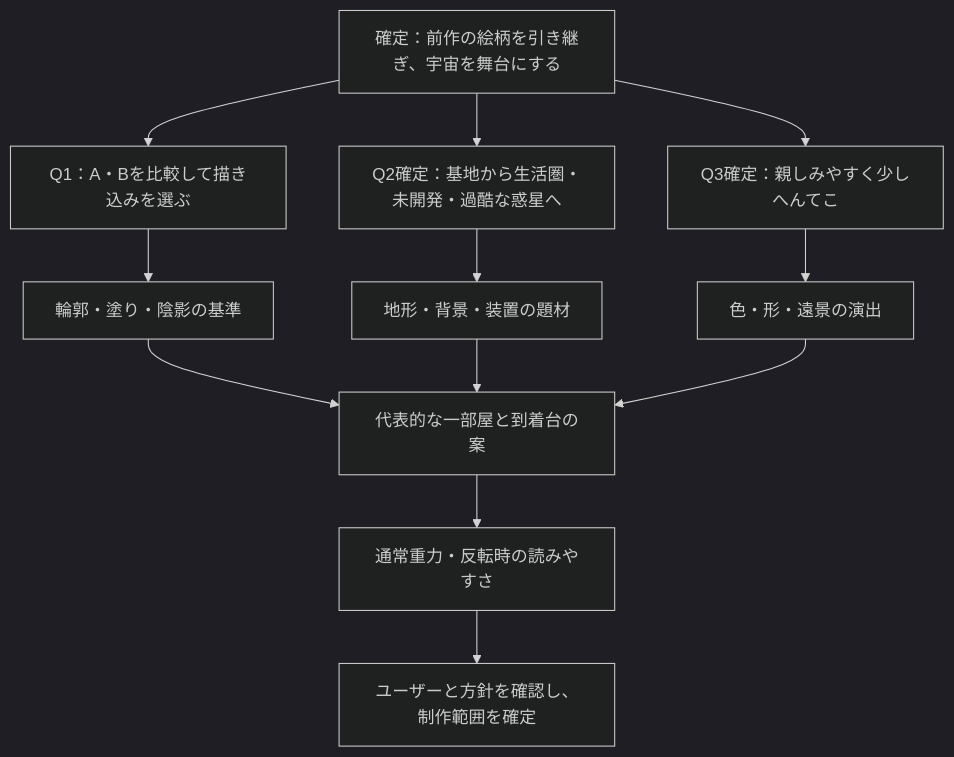
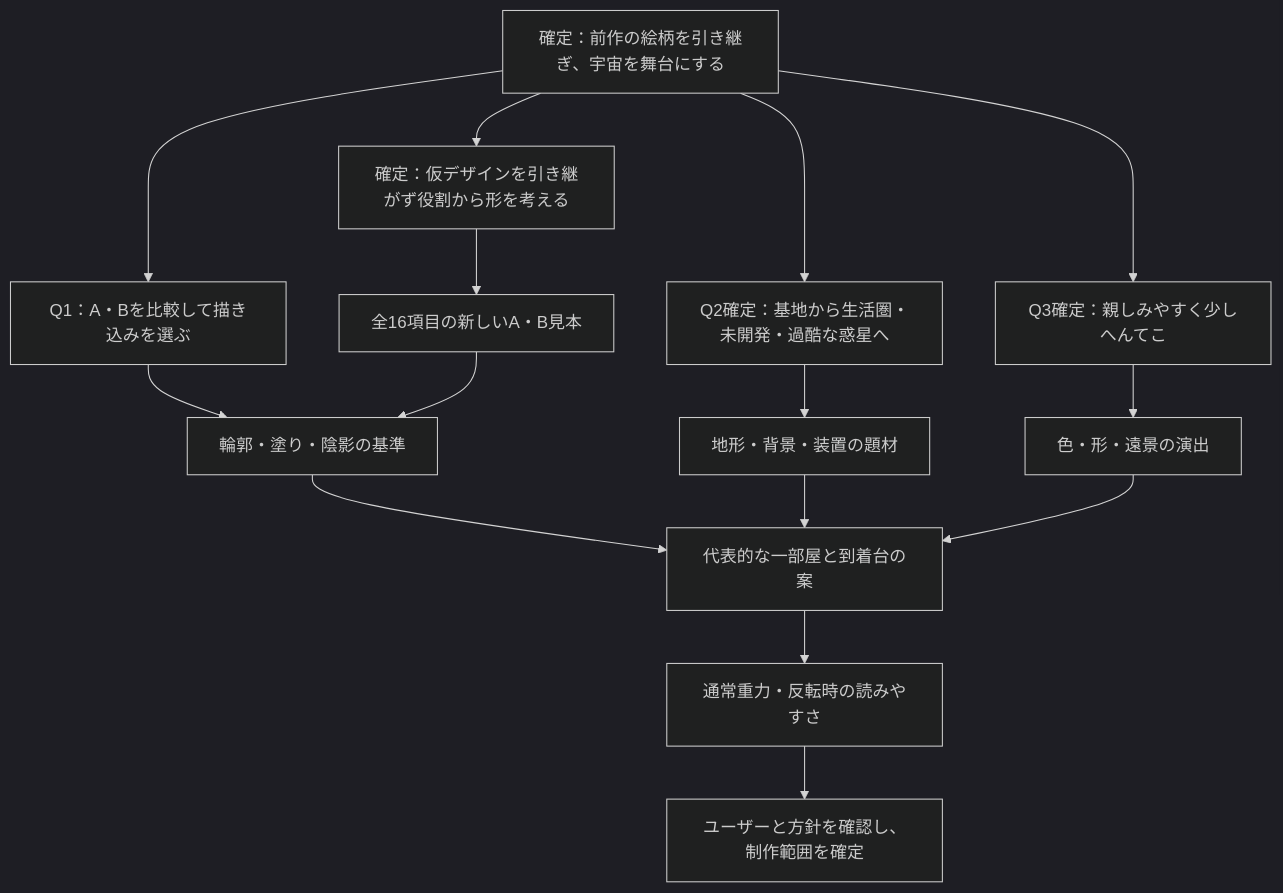
One commit to Foxy-null/2d-space changed the diagram in docs/art-direction.md. Above: the diagram before and after it, drawn with Mermaid (dark theme). The commit also changed other lines of this file and 5 other files, not shown here.

````diff
--- a/docs/art-direction.md
+++ b/docs/art-direction.md
@@ -79,14 +86,17 @@
 ```mermaid
 flowchart TD
     A[確定：前作の絵柄を引き継ぎ、宇宙を舞台にする] --> Q1[Q1：A・Bを比較して描き込みを選ぶ]
     A --> Q2[Q2確定：基地から生活圏・未開発・過酷な惑星へ]
     A --> Q3[Q3確定：親しみやすく少しへんてこ]
     Q1 --> B[輪郭・塗り・陰影の基準]
+    A --> H[確定：仮デザインを引き継がず役割から形を考える]
+    H --> I[全16項目の新しいA・B見本]
+    I --> B
     Q2 --> C[地形・背景・装置の題材]
     Q3 --> D[色・形・遠景の演出]
     B --> E[代表的な一部屋と到着台の案]
     C --> E
     D --> E
     E --> F[通常重力・反転時の読みやすさ]
     F --> G[ユーザーと方針を確認し、制作範囲を確定]
 ```
````
